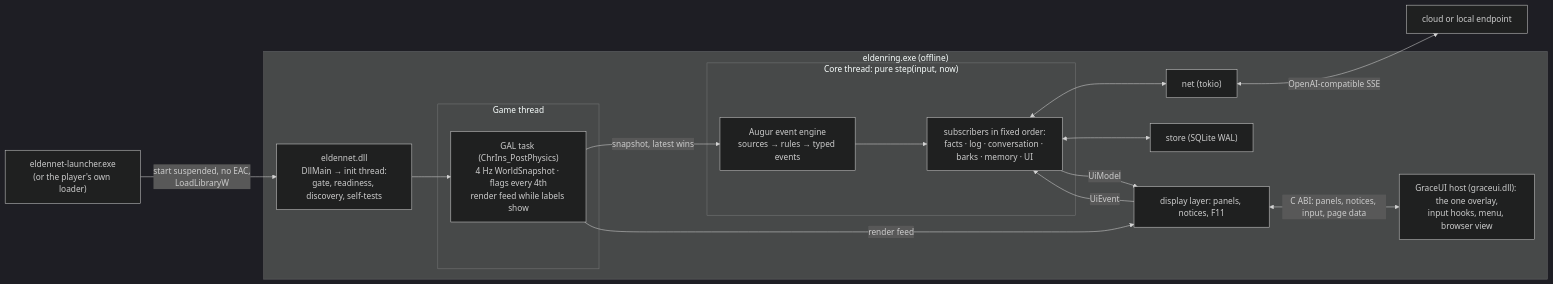
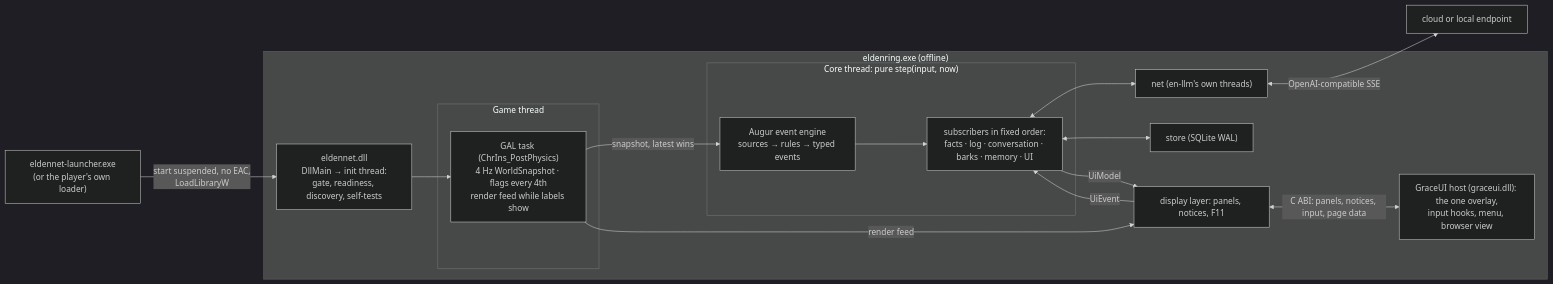
Before and after one commit to Pt0l3my/EldenNet: the first of 5 diagrams in docs/design/DESIGN.md, drawn with Mermaid (dark theme). The commit also changed other lines of this file and 8 other files, not shown here.

````diff
--- a/docs/design/DESIGN.md
+++ b/docs/design/DESIGN.md
@@ -14,26 +23,26 @@
 ```mermaid
 flowchart LR
   LCH["eldennet-launcher.exe<br/>(or the player's own loader)"] -->|"start suspended, no EAC,<br/>LoadLibraryW"| INIT
   subgraph GP["eldenring.exe (offline)"]
     INIT["eldennet.dll<br/>DllMain → init thread:<br/>gate, readiness, discovery, self-tests"]
     subgraph GT["Game thread"]
       TASK["GAL task (ChrIns_PostPhysics)<br/>4 Hz WorldSnapshot · flags every 4th<br/>render feed while labels show"]
     end
     subgraph CORE["Core thread: pure step(input, now)"]
       AUG["Augur event engine<br/>sources → rules → typed events"]
       SUBS["subscribers in fixed order:<br/>facts · log · conversation · barks · memory · UI"]
     end
-    NET["net (tokio)"]
+    NET["net (en-llm's own threads)"]
     STO["store (SQLite WAL)"]
     OVL["display layer: panels, notices, F11"]
     GUI["GraceUI host (graceui.dll): the one overlay,<br/>input hooks, menu, browser view"]
   end
   INIT --> TASK
   TASK -->|"snapshot, latest wins"| AUG --> SUBS
   SUBS <--> NET <-->|"OpenAI-compatible SSE"| LLM["cloud or local endpoint"]
   SUBS <--> STO
   SUBS -->|"UiModel"| OVL
   OVL -->|"UiEvent"| SUBS
   TASK -->|"render feed"| OVL
   OVL <-->|"C ABI: panels, notices, input, page data"| GUI
 ```
````
